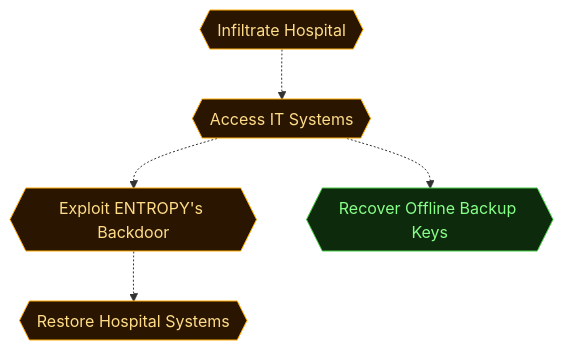
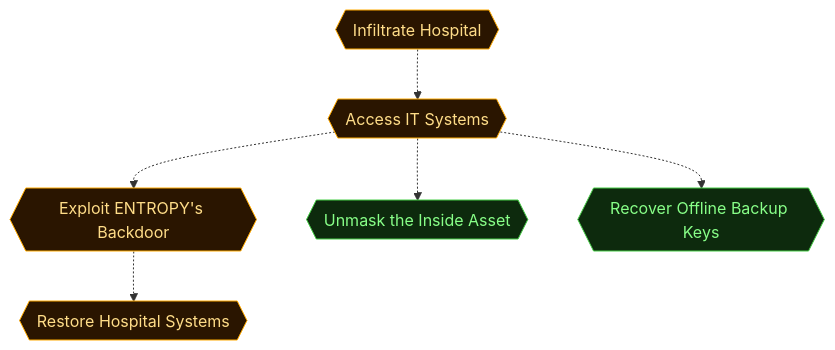
One commit to cliffe/BreakEscapeGame changed the second of 5 diagrams in scenarios/m02_ransomed_trust/dungeon_graph.md. Above: the diagram before and after it, drawn with Mermaid. The commit also changed other lines of this file and 13 other files, not shown here.

First line of the commit message:
Add new objectives and events for unmasking an inside asset in the hospital scenario

````diff
--- a/scenarios/m02_ransomed_trust/dungeon_graph.md
+++ b/scenarios/m02_ransomed_trust/dungeon_graph.md
@@ -213,32 +217,34 @@
 ```mermaid
 flowchart TD
 
   classDef room      fill:#0f2d2d,stroke:#22ddcc,color:#a0ffee
   classDef lock      fill:#2d0f0f,stroke:#e66060,color:#ffa0a0
   classDef key       fill:#2d0812,stroke:#e66060,color:#ffa0a0
   classDef item      fill:#2d1200,stroke:#e89030,color:#ffcc80
   classDef gate      fill:#111,stroke:#666,color:#eee
   classDef vm        fill:#0c1f40,stroke:#4a90d9,color:#a0c8ff
   classDef flag      fill:#1a0c2d,stroke:#9060d0,color:#cc99ff
   classDef action    fill:#1a1200,stroke:#cc9922,color:#ffee88
   classDef aim       fill:#0d2a0d,stroke:#44cc44,color:#88ff88
   classDef aim_gate  fill:#111111,stroke:#44cc44,color:#44cc44
   classDef container fill:#1a2d1a,stroke:#60b060,color:#a0e0a0
   classDef npc       fill:#2d1f0d,stroke:#d0a050,color:#ffe0a0
   classDef critical  fill:#2a1500,stroke:#ffaa00,color:#ffdd88
   classDef start     fill:#003322,stroke:#00ffaa,color:#00ffaa
 
   aim_infiltrate_hospital{{"Infiltrate Hospital"}}
   aim_access_it_systems{{"Access IT Systems"}}
   aim_exploit_entropy_backdoor{{"Exploit ENTROPY's Backdoor"}}
+  aim_unmask_inside_asset{{"Unmask the Inside Asset"}}
   aim_recover_offline_keys{{"Recover Offline Backup Keys"}}
   aim_restore_hospital_systems{{"Restore Hospital Systems"}}
 
   aim_infiltrate_hospital -.-> aim_access_it_systems
   aim_access_it_systems -.-> aim_exploit_entropy_backdoor
+  aim_access_it_systems -.-> aim_unmask_inside_asset
   aim_access_it_systems -.-> aim_recover_offline_keys
   aim_exploit_entropy_backdoor -.-> aim_restore_hospital_systems
 
   class aim_infiltrate_hospital,aim_access_it_systems,aim_exploit_entropy_backdoor,aim_restore_hospital_systems critical
-  class aim_recover_offline_keys aim
+  class aim_unmask_inside_asset,aim_recover_offline_keys aim
 ```
````
